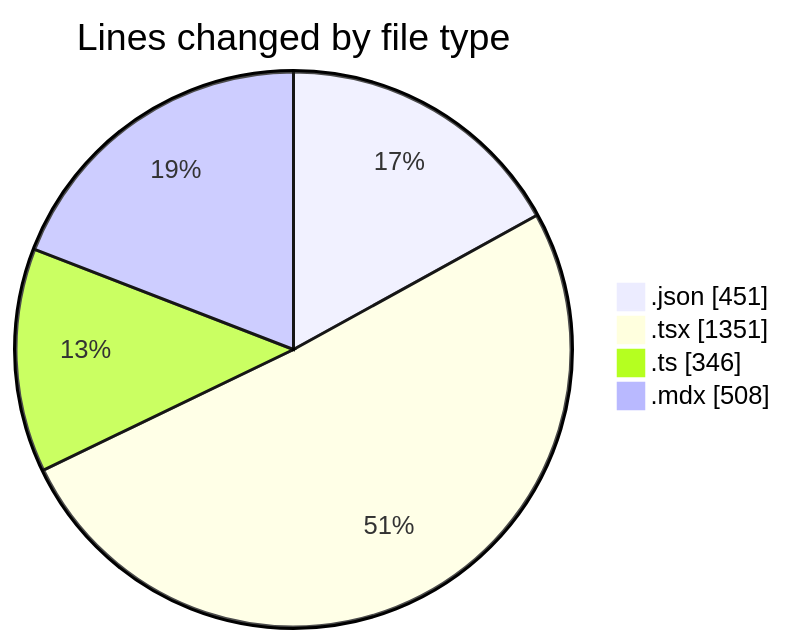
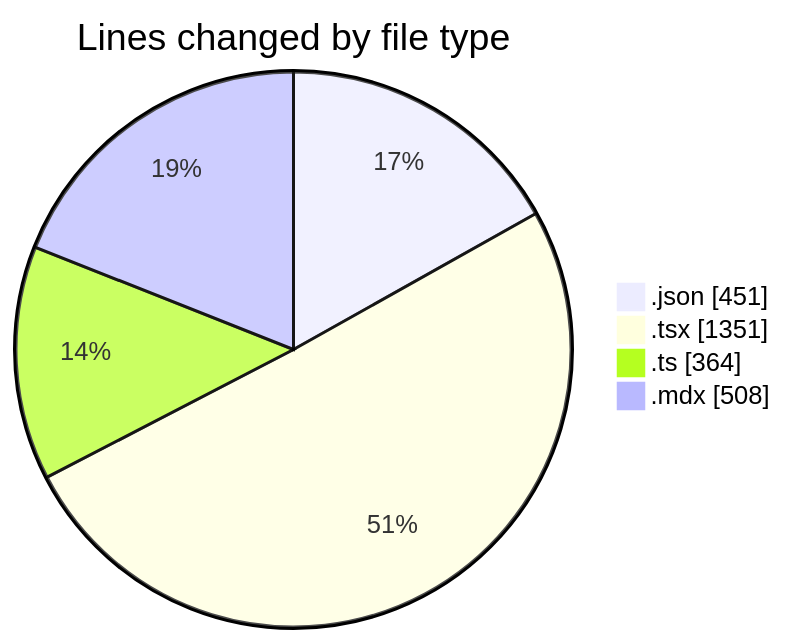
The first of 2 diagrams in 2025-05-01/niten/README.md (Elitesun/code-tracking), drawn with Mermaid before and after one commit. The commit also changed other lines of this file and 1 other file, not shown here.

````diff
--- a/2025-05-01/niten/README.md
+++ b/2025-05-01/niten/README.md
@@ -48,8 +48,8 @@
 ```mermaid
 pie showData
 title Lines changed by file type
 ".json" : 451
 ".tsx" : 1351
-".ts" : 346
+".ts" : 364
 ".mdx" : 508
 ```
````
